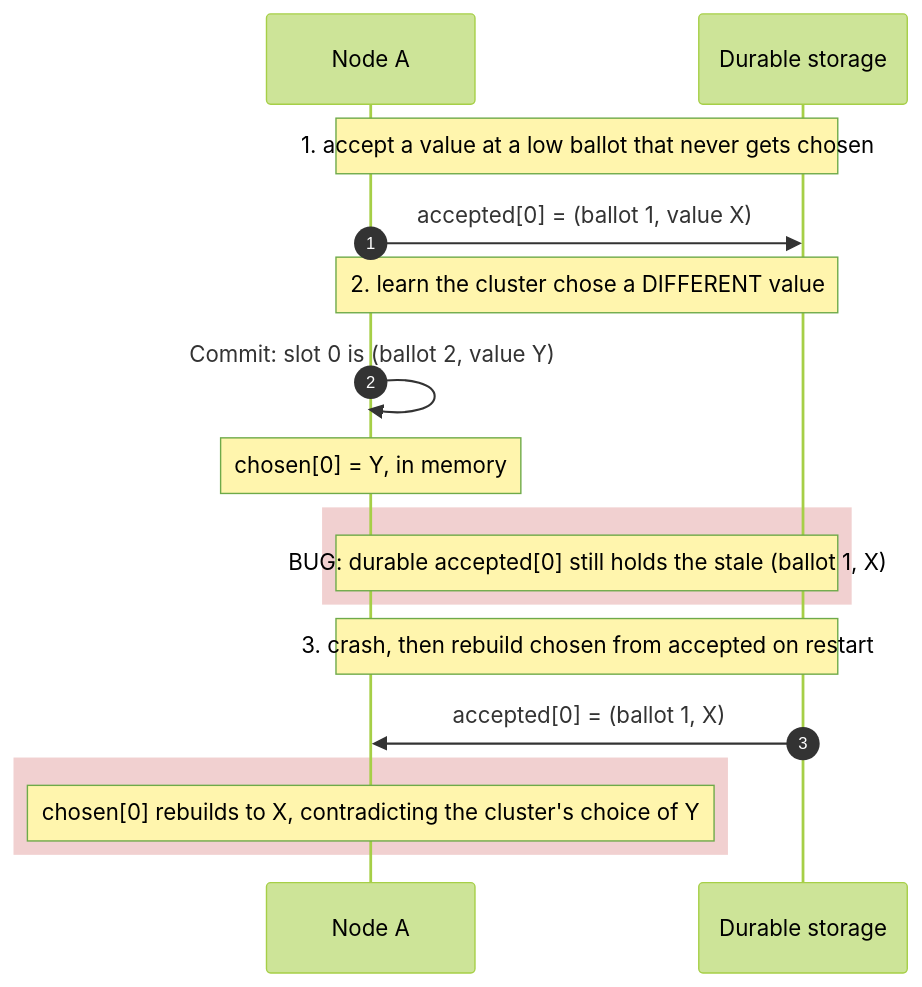
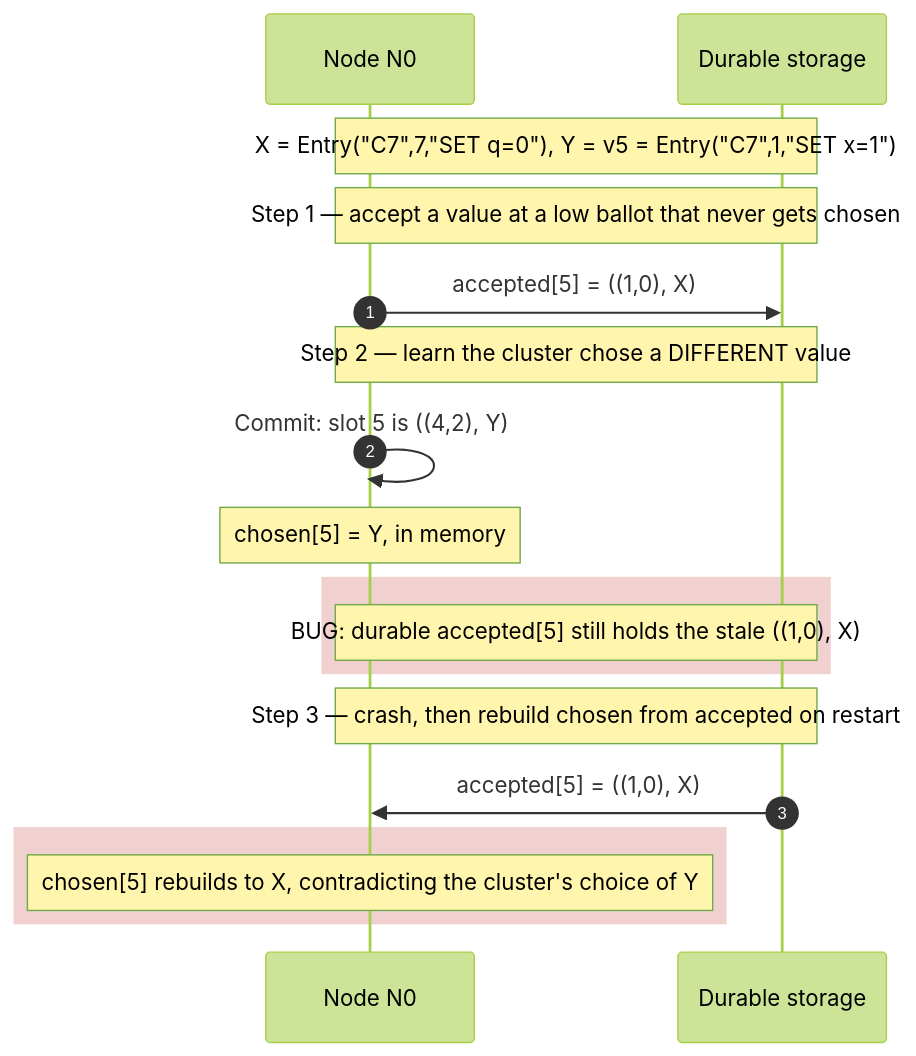
One commit to PierreZ/paros changed the second of 3 diagrams in book/src/restart-safety.md. Above: the diagram before and after it, drawn with Mermaid (forest theme). The commit also changed other lines of this file and 5 other files, not shown here.

````diff
--- a/book/src/restart-safety.md
+++ b/book/src/restart-safety.md
@@ -61,19 +61,20 @@
 ```mermaid
 sequenceDiagram
     autonumber
-    participant N as Node A
+    participant N as Node N0
     participant D as Durable storage
-    Note over N,D: 1. accept a value at a low ballot that never gets chosen
-    N->>D: accepted[0] = (ballot 1, value X)
-    Note over N,D: 2. learn the cluster chose a DIFFERENT value
-    N->>N: Commit: slot 0 is (ballot 2, value Y)
-    Note over N: chosen[0] = Y, in memory
+    Note over N,D: X = Entry("C7",7,"SET q=0"), Y = v5 = Entry("C7",1,"SET x=1")
+    Note over N,D: Step 1 — accept a value at a low ballot that never gets chosen
+    N->>D: accepted[5] = ((1,0), X)
+    Note over N,D: Step 2 — learn the cluster chose a DIFFERENT value
+    N->>N: Commit: slot 5 is ((4,2), Y)
+    Note over N: chosen[5] = Y, in memory
     rect rgba(200, 70, 70, 0.25)
-    Note over N,D: BUG: durable accepted[0] still holds the stale (ballot 1, X)
+    Note over N,D: BUG: durable accepted[5] still holds the stale ((1,0), X)
     end
-    Note over N,D: 3. crash, then rebuild chosen from accepted on restart
-    D->>N: accepted[0] = (ballot 1, X)
+    Note over N,D: Step 3 — crash, then rebuild chosen from accepted on restart
+    D->>N: accepted[5] = ((1,0), X)
     rect rgba(200, 70, 70, 0.25)
-    Note over N: chosen[0] rebuilds to X, contradicting the cluster's choice of Y
+    Note over N: chosen[5] rebuilds to X, contradicting the cluster's choice of Y
     end
 ```
````
